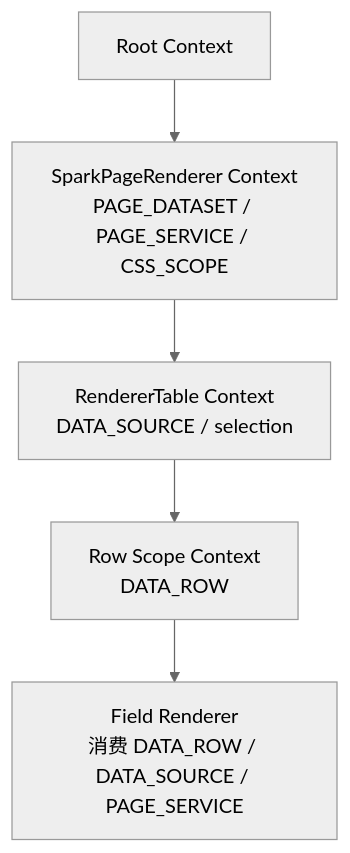
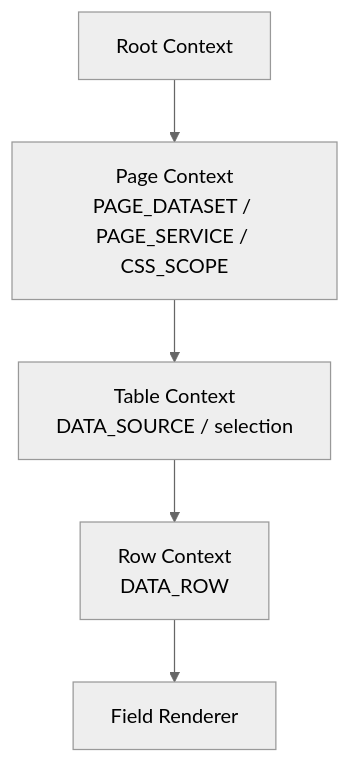
One commit to LMSpark/spark-view-vue changed the eighth of 16 diagrams in docs/SPARK_VIEW_PROJECT_DEEP_DIVE_ZH.md. Above: the diagram before and after it, drawn with Mermaid (neutral theme). The commit also changed other lines of this file and 120 other files, not shown here.

First line of the commit message:
fix(spark-component): migrate legacy props.id and suppress FieldContextRenderer attr fallthrough

````diff
--- a/docs/SPARK_VIEW_PROJECT_DEEP_DIVE_ZH.md
+++ b/docs/SPARK_VIEW_PROJECT_DEEP_DIVE_ZH.md
@@ -303,10 +389,13 @@
 ```mermaid
 flowchart TD
   Root["Root Context"]
-  Page["SparkPageRenderer Context<br/>PAGE_DATASET / PAGE_SERVICE / CSS_SCOPE"]
-  Table["RendererTable Context<br/>DATA_SOURCE / selection"]
-  Row["Row Scope Context<br/>DATA_ROW"]
-  Field["Field Renderer<br/>消费 DATA_ROW / DATA_SOURCE / PAGE_SERVICE"]
+  Page["Page Context<br/>PAGE_DATASET / PAGE_SERVICE / CSS_SCOPE"]
+  Table["Table Context<br/>DATA_SOURCE / selection"]
+  Row["Row Context<br/>DATA_ROW"]
+  Field["Field Renderer"]
 
-  Root --> Page --> Table --> Row --> Field
+  Root --> Page
+  Page --> Table
+  Table --> Row
+  Row --> Field
 ```
````
